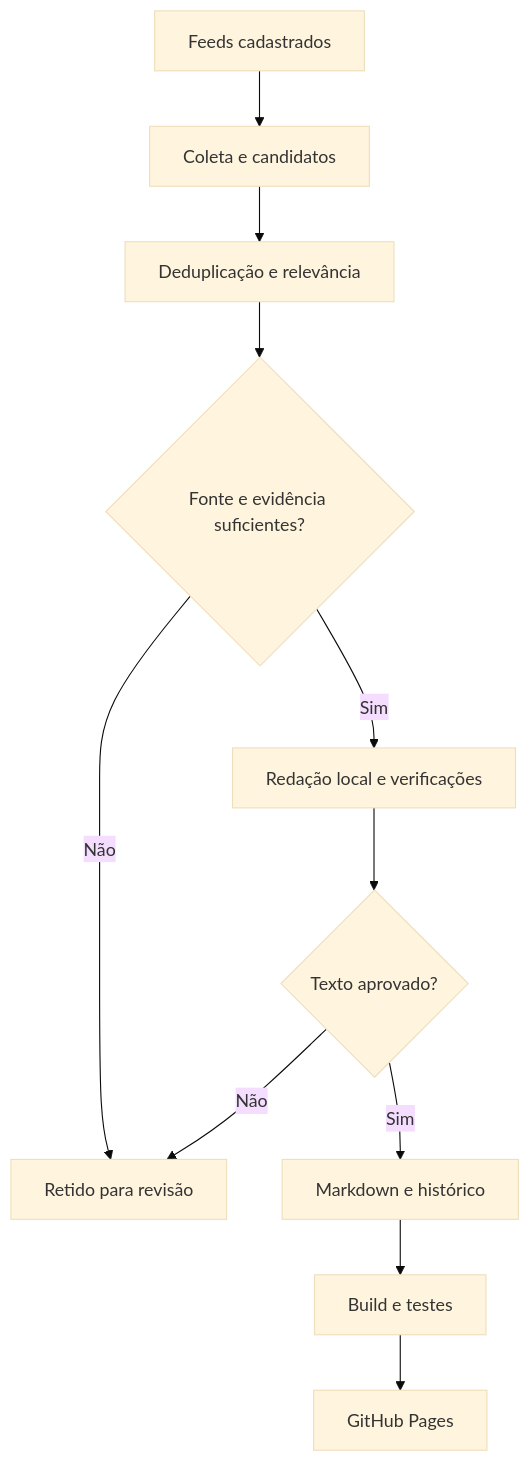
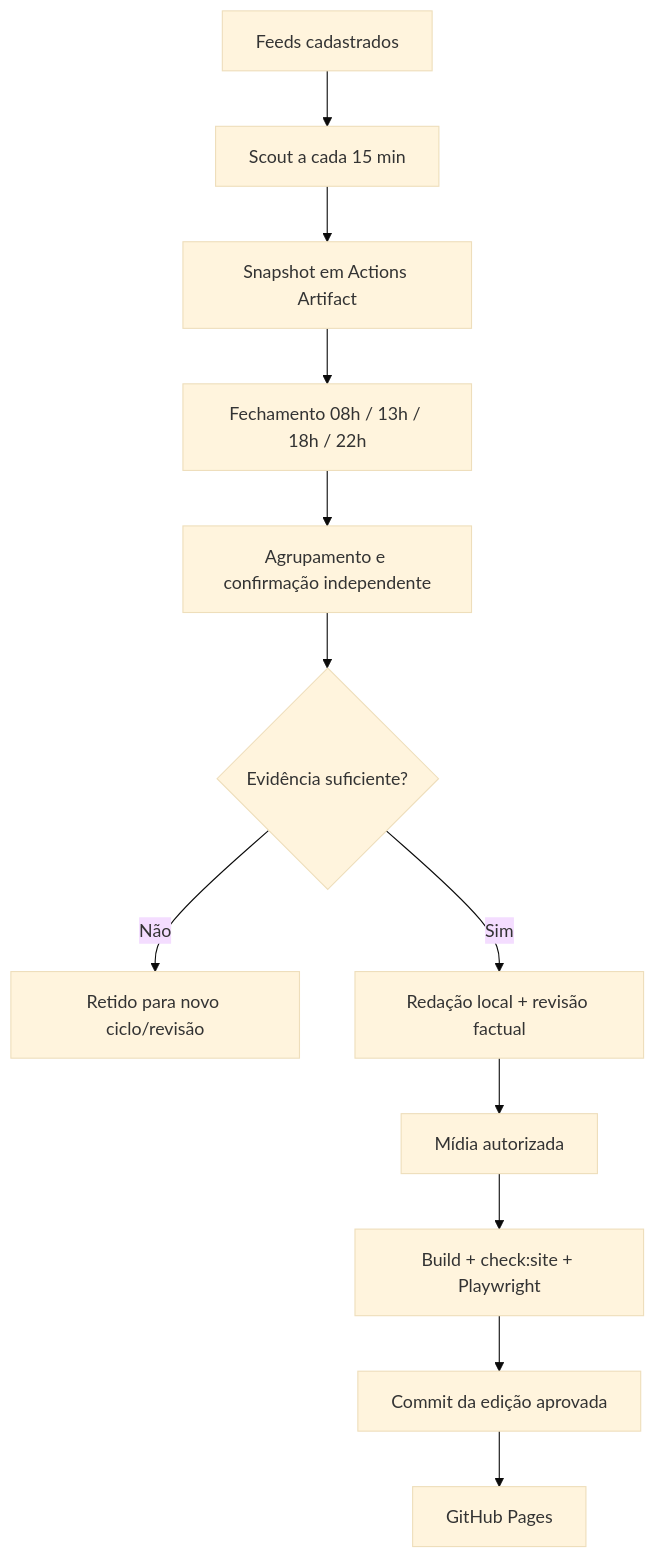
One commit to humbertomennella/framenexo changed the diagram in README.md. Above: the diagram before and after it, drawn with Mermaid (base theme). The commit also changed other lines of this file and 16 other files, not shown here.

````diff
--- a/README.md
+++ b/README.md
@@ -18,13 +20,14 @@
 ```mermaid
 flowchart TD
-  F["Feeds cadastrados"] --> C["Coleta e candidatos"]
-  C --> D["Deduplicação e relevância"]
-  D --> V{"Fonte e evidência suficientes?"}
-  V -->|Não| R["Retido para revisão"]
-  V -->|Sim| G["Redação local e verificações"]
-  G --> A{"Texto aprovado?"}
-  A -->|Não| R
-  A -->|Sim| M["Markdown e histórico"]
-  M --> B["Build e testes"]
-  B --> P["GitHub Pages"]
+  F["Feeds cadastrados"] --> S["Scout a cada 15 min"]
+  S --> A["Snapshot em Actions Artifact"]
+  A --> E["Fechamento 08h / 13h / 18h / 22h"]
+  E --> C["Agrupamento e confirmação independente"]
+  C --> V{"Evidência suficiente?"}
+  V -->|Não| R["Retido para novo ciclo/revisão"]
+  V -->|Sim| G["Redação local + revisão factual"]
+  G --> M["Mídia autorizada"]
+  M --> B["Build + check:site + Playwright"]
+  B --> P["Commit da edição aprovada"]
+  P --> D["GitHub Pages"]
 ```
````
